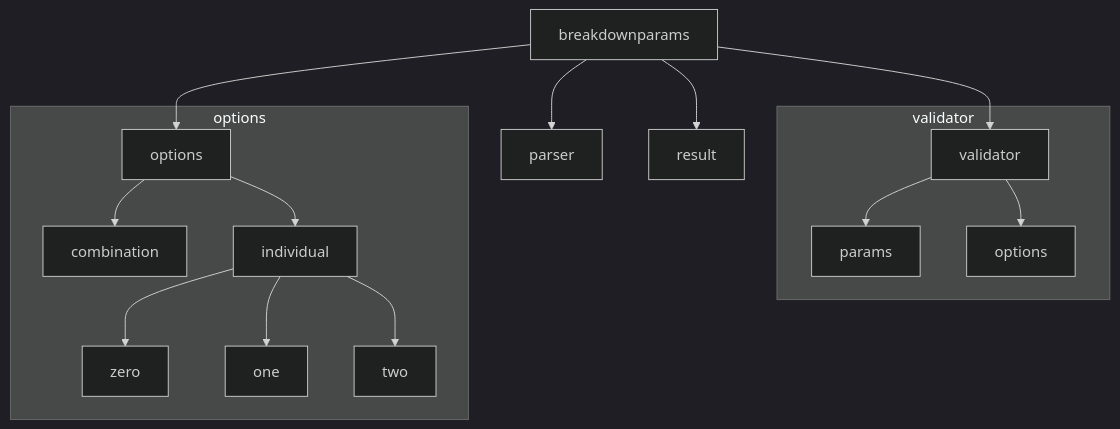
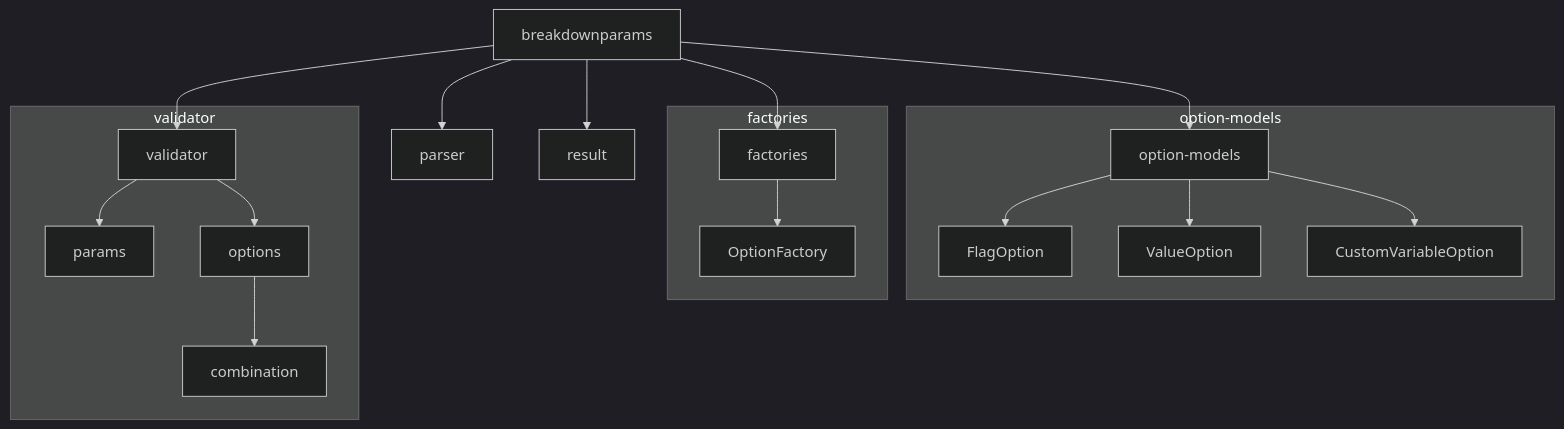
One commit to tettuan/breakdownparams changed the seventh of 7 diagrams in docs/architecture/layer2_diagrams.ja.md. Above: the diagram before and after it, drawn with Mermaid (dark theme). The commit also changed other lines of this file and 17 other files, not shown here.

````diff
--- a/docs/architecture/layer2_diagrams.ja.md
+++ b/docs/architecture/layer2_diagrams.ja.md
@@ -206,20 +235,24 @@
 ```mermaid
 graph TD
     A[breakdownparams] --> B[parser]
     A --> C[validator]
-    A --> D[options]
-    A --> E[result]
+    A --> D[option-models]
+    A --> E[factories]
+    A --> F[result]
+    
+    subgraph "option-models"
+        D --> D1[FlagOption]
+        D --> D2[ValueOption]
+        D --> D3[CustomVariableOption]
+    end
+    
+    subgraph "factories"
+        E --> E1[OptionFactory]
+    end
     
     subgraph "validator"
         C --> C1[params]
         C --> C2[options]
-    end
-    
-    subgraph "options"
-        D --> D1[combination]
-        D --> D2[individual]
-        D2 --> D3[zero]
-        D2 --> D4[one]
-        D2 --> D5[two]
+        C2 --> C3[combination]
     end
 ```
````
